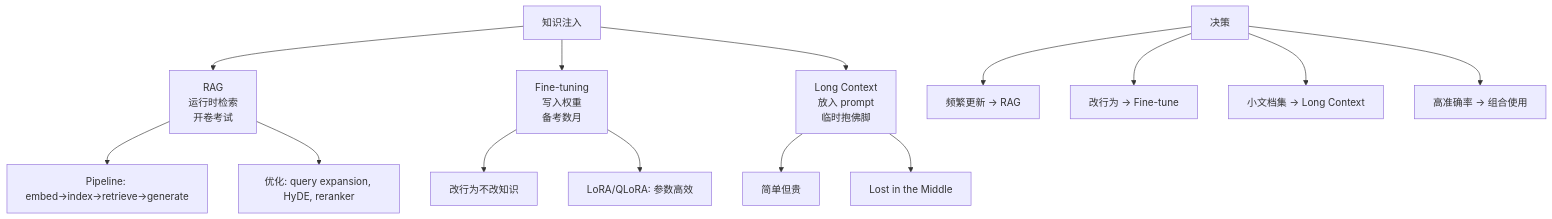
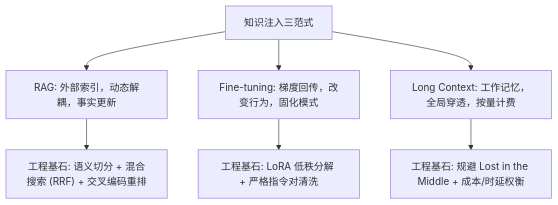
Before and after one commit to yingwang/thinking-in-llm: the sixth of 6 diagrams in chapters/10-knowledge.md, drawn with Mermaid. The commit also changed other lines of this file and 31 other files, not shown here.

````diff
--- a/chapters/10-knowledge.md
+++ b/chapters/10-knowledge.md
@@ -757,20 +340,10 @@
 ```mermaid
 graph TB
-    A["知识注入"] --> B["RAG<br/>运行时检索<br/>开卷考试"]
-    A --> C["Fine-tuning<br/>写入权重<br/>备考数月"]
-    A --> D["Long Context<br/>放入 prompt<br/>临时抱佛脚"]
+    A["知识注入三范式"] --> B["RAG: 外部索引，动态解耦，事实更新"]
+    A --> C["Fine-tuning: 梯度回传，改变行为，固化模式"]
+    A --> D["Long Context: 工作记忆，全局穿透，按量计费"]
     
-    B --> E["Pipeline: embed→index→retrieve→generate"]
-    B --> F["优化: query expansion, HyDE, reranker"]
-    
-    C --> G["改行为不改知识"]
-    C --> H["LoRA/QLoRA: 参数高效"]
-    
-    D --> I["简单但贵"]
-    D --> J["Lost in the Middle"]
-    
-    K["决策"] --> L["频繁更新 → RAG"]
-    K --> M["改行为 → Fine-tune"]
-    K --> N["小文档集 → Long Context"]
-    K --> O["高准确率 → 组合使用"]
+    B --> E["工程基石: 语义切分 + 混合搜索 (RRF) + 交叉编码重排"]
+    C --> F["工程基石: LoRA 低秩分解 + 严格指令对清洗"]
+    D --> G["工程基石: 规避 Lost in the Middle + 成本/时延权衡"]
 ```
````
